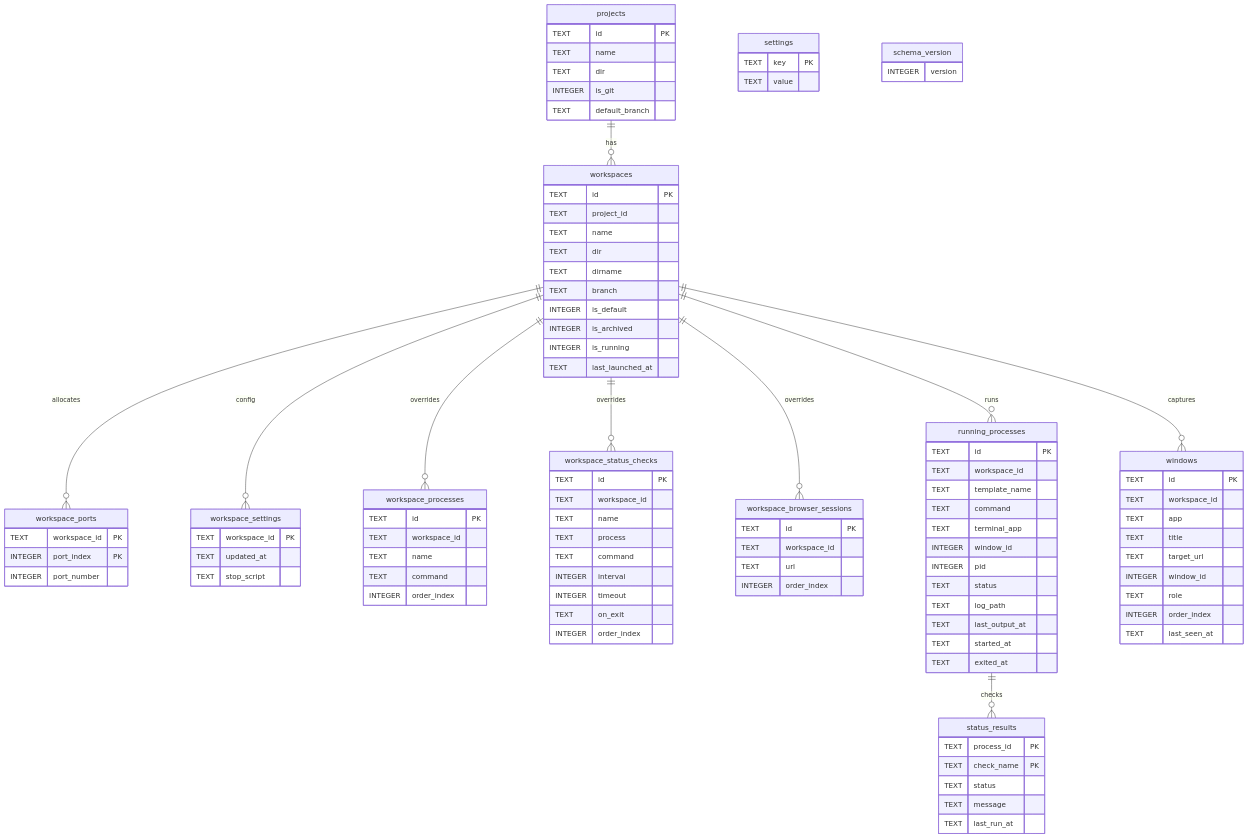
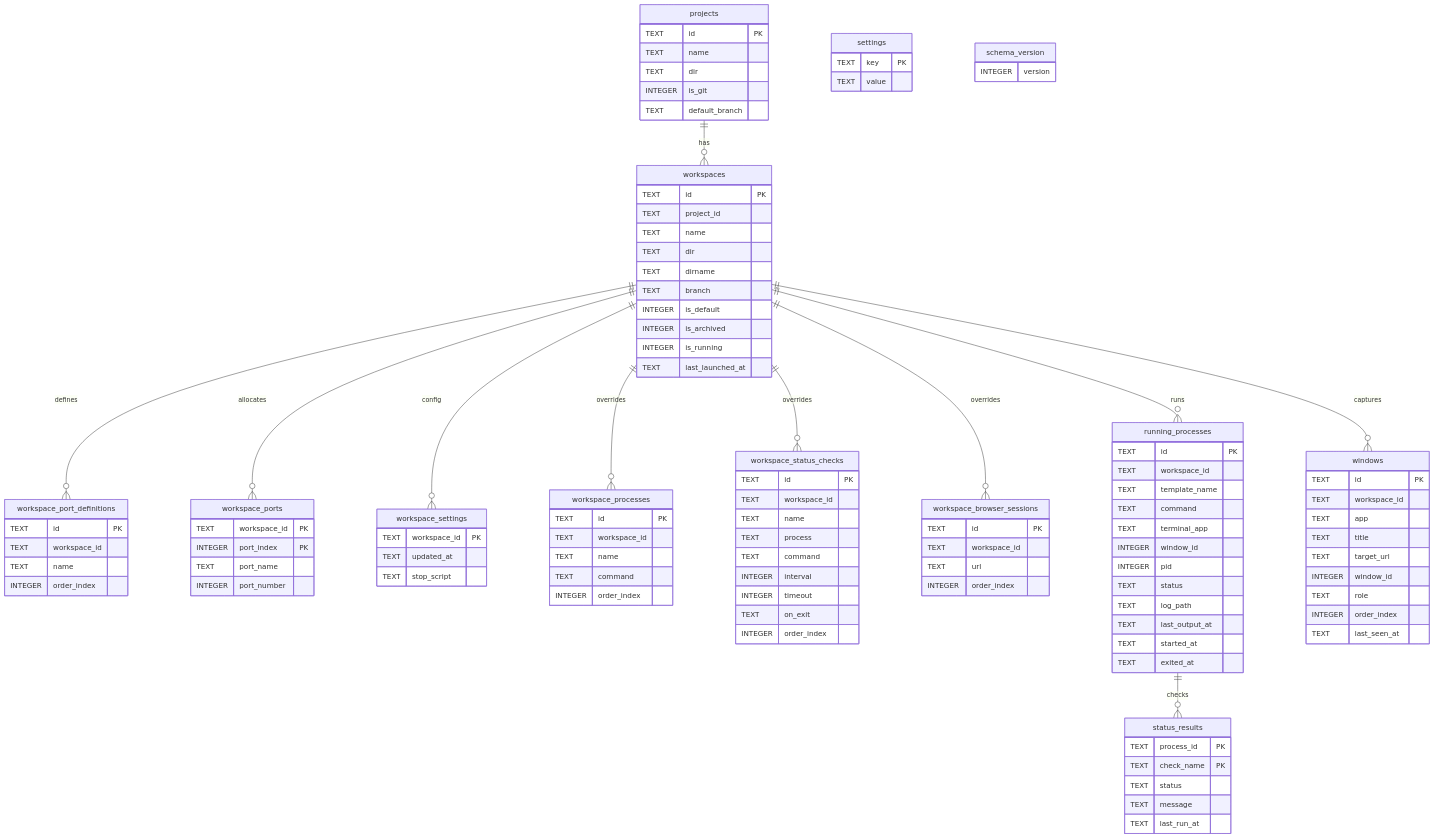
One commit to yogesh-dhande/spaces changed the second of 5 diagrams in apps/macos/docs/architecture.md. Above: the diagram before and after it, drawn with Mermaid. The commit also changed other lines of this file and 18 other files, not shown here.

First line of the commit message:
Add named port definitions replacing anonymous PORT0-PORT9 system

````diff
--- a/apps/macos/docs/architecture.md
+++ b/apps/macos/docs/architecture.md
@@ -84,6 +85,7 @@
 ```mermaid
 erDiagram
   projects ||--o{ workspaces : has
+  workspaces ||--o{ workspace_port_definitions : defines
   workspaces ||--o{ workspace_ports : allocates
   workspaces ||--o{ workspace_settings : config
   workspaces ||--o{ workspace_processes : overrides
@@ -114,9 +116,17 @@
     TEXT last_launched_at
   }
 
+  workspace_port_definitions {
+    TEXT id PK
+    TEXT workspace_id
+    TEXT name
+    INTEGER order_index
+  }
+
   workspace_ports {
     TEXT workspace_id PK
     INTEGER port_index PK
+    TEXT port_name
     INTEGER port_number
   }
 
````
